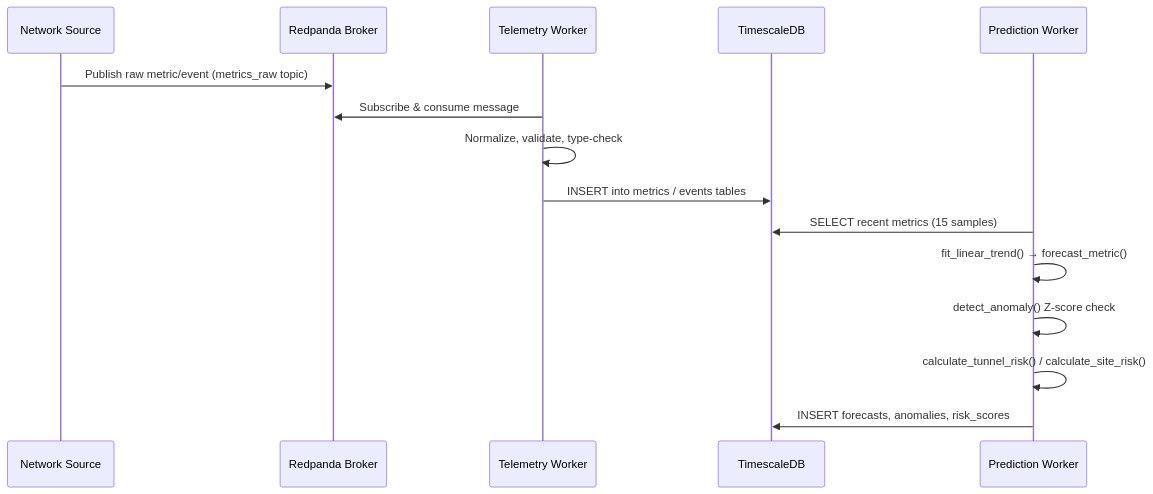
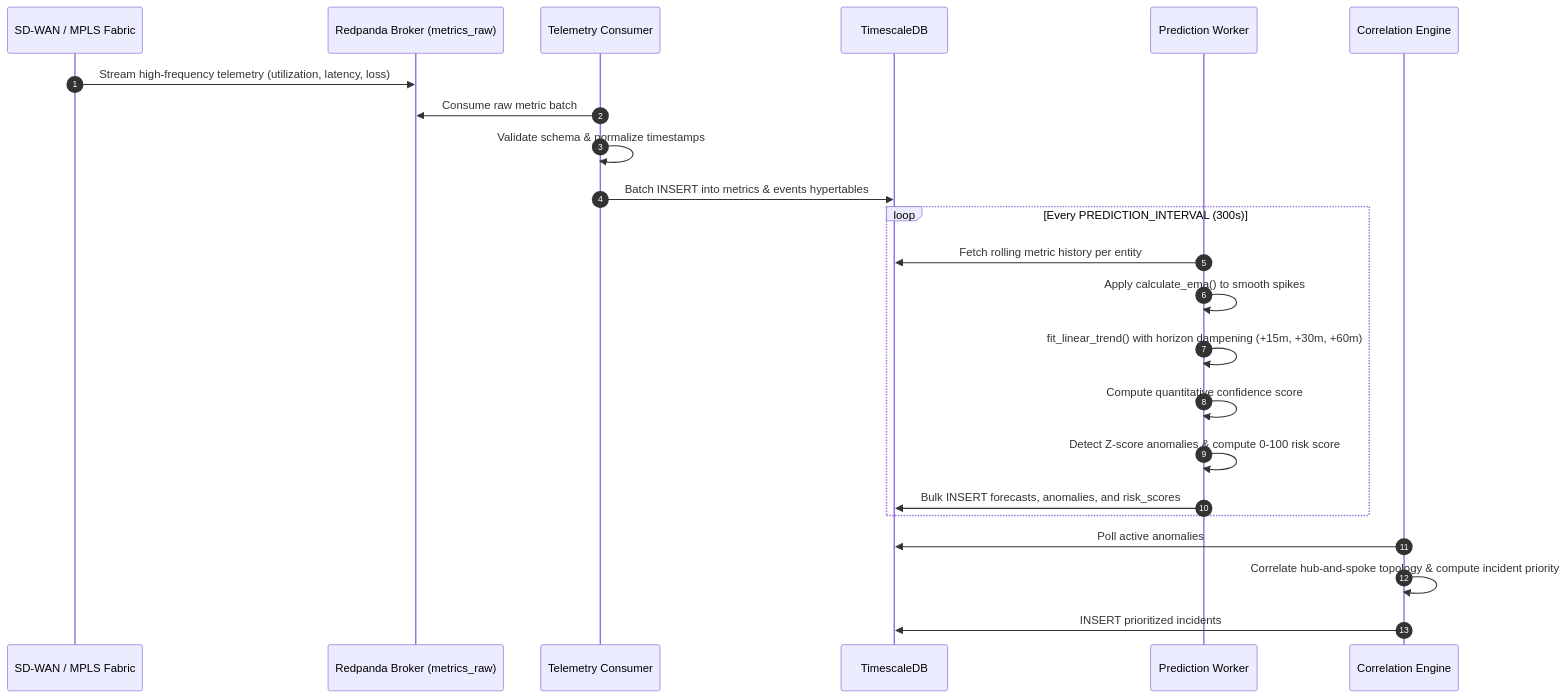
The third of 7 diagrams in README.md (ayushkumar2601/Plutopus), drawn with Mermaid before and after one commit. The commit also changed other lines of this file, not shown here.

Commit message:
docs: revamp README with high-impact architecture, predictive AI and air-gap specs

````diff
--- a/README.md
+++ b/README.md
@@ -239,18 +185,26 @@
 ```mermaid
 sequenceDiagram
-    participant SRC as Network Source
-    participant RP as Redpanda Broker
-    participant TW as Telemetry Worker
-    participant PG as TimescaleDB
+    autonumber
+    participant SRC as SD-WAN / MPLS Fabric
+    participant RP as Redpanda Broker (metrics_raw)
+    participant TW as Telemetry Consumer
+    participant DB as TimescaleDB
     participant PW as Prediction Worker
+    participant CE as Correlation Engine
 
-    SRC->>RP: Publish raw metric/event (metrics_raw topic)
-    TW->>RP: Subscribe & consume message
-    TW->>TW: Normalize, validate, type-check
-    TW->>PG: INSERT into metrics / events tables
-    PW->>PG: SELECT recent metrics (15 samples)
-    PW->>PW: fit_linear_trend() → forecast_metric()
-    PW->>PW: detect_anomaly() Z-score check
-    PW->>PW: calculate_tunnel_risk() / calculate_site_risk()
-    PW->>PG: INSERT forecasts, anomalies, risk_scores
+    SRC->>RP: Stream high-frequency telemetry (utilization, latency, loss)
+    TW->>RP: Consume raw metric batch
+    TW->>TW: Validate schema & normalize timestamps
+    TW->>DB: Batch INSERT into metrics & events hypertables
+    loop Every PREDICTION_INTERVAL (300s)
+        PW->>DB: Fetch rolling metric history per entity
+        PW->>PW: Apply calculate_ema() to smooth spikes
+        PW->>PW: fit_linear_trend() with horizon dampening (+15m, +30m, +60m)
+        PW->>PW: Compute quantitative confidence score
+        PW->>PW: Detect Z-score anomalies & compute 0-100 risk score
+        PW->>DB: Bulk INSERT forecasts, anomalies, and risk_scores
+    end
+    CE->>DB: Poll active anomalies
+    CE->>CE: Correlate hub-and-spoke topology & compute incident priority
+    CE->>DB: INSERT prioritized incidents
 ```
````
